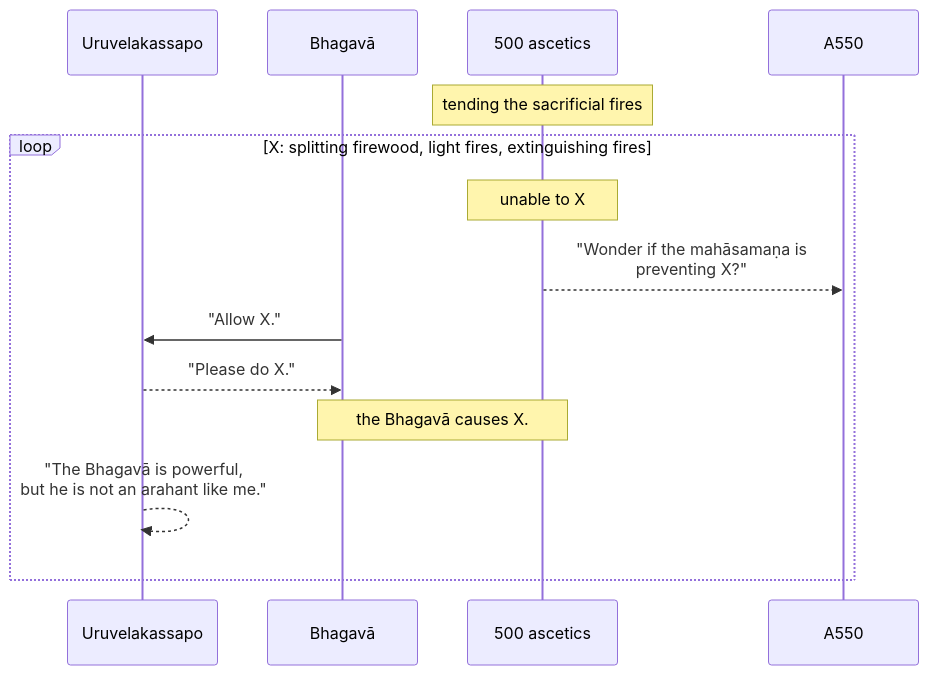
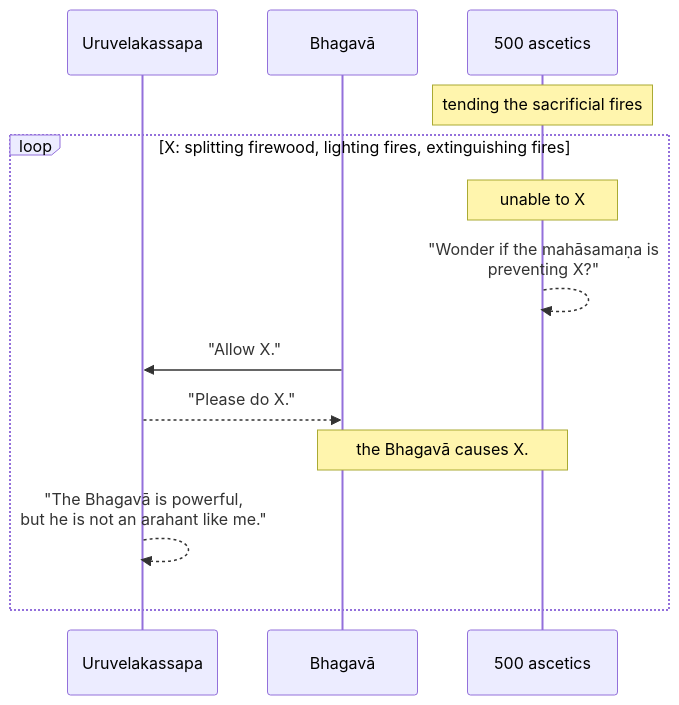
Before and after one commit to tidipa/tidipa.github.io: the ninth of 16 diagrams in src/content/docs/khandhaka/1-12.mdx, drawn with Mermaid. The commit also changed other lines of this file and 48 other files, not shown here.

````diff
--- a/src/content/docs/khandhaka/1-12.mdx
+++ b/src/content/docs/khandhaka/1-12.mdx
@@ -181,15 +181,15 @@
 ```mermaid
 sequenceDiagram
-	participant A1 as Uruvelakassapo
+	participant A1 as Uruvelakassapa
 	participant B as Bhagavā
 	participant A500 as 500 ascetics
 	note over A500: tending the sacrificial fires
-	loop X: splitting firewood, light fires, extinguishing fires
+	loop X: splitting firewood, lighting fires, extinguishing fires
 		note over A500: unable to X
-		A500-->>A550: "Wonder if the mahāsamaṇa is <br>preventing X?"
+		A500-->>A500: "Wonder if the mahāsamaṇa is <br>preventing X?"
 		B->>A1: "Allow X."
 		A1-->>B: "Please do X."
 		note over B, A500: the Bhagavā causes X.
 		A1-->>A1: "The Bhagavā is powerful, <br>but he is not an arahant like me."
 	end
 ```
````
